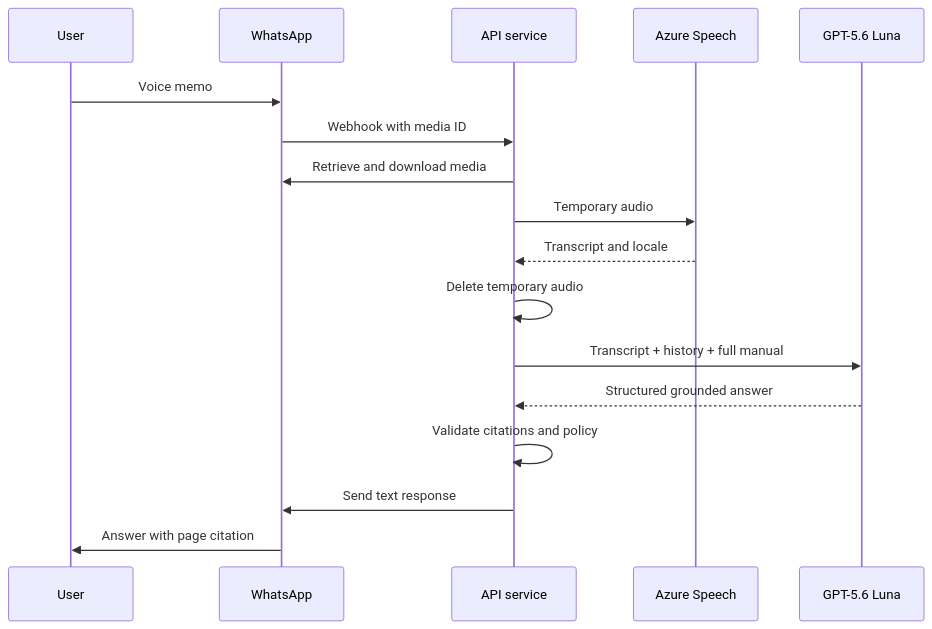
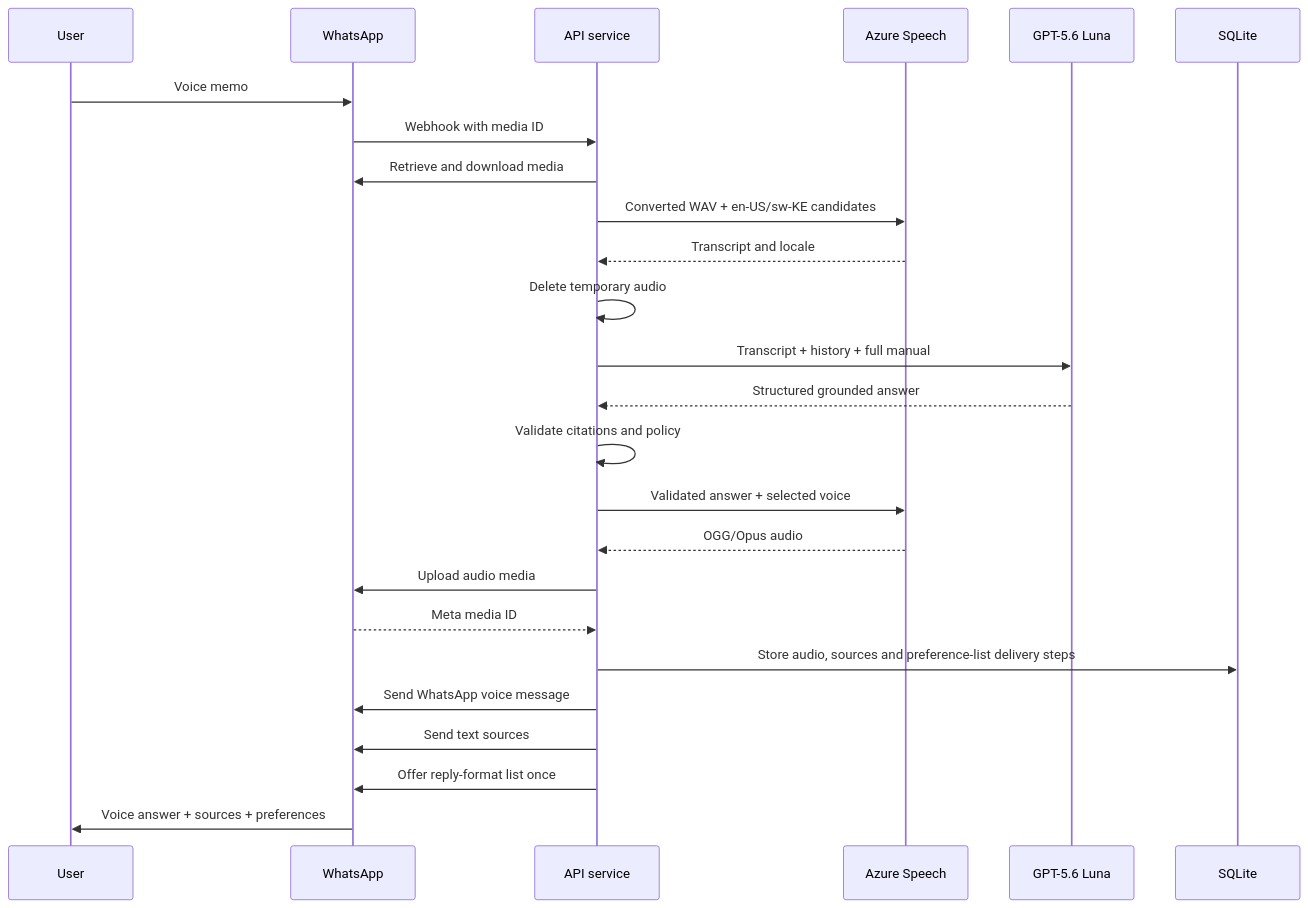
Before and after one commit to TheADHDTechie/SAGE: the third of 5 diagrams in SOLUTION-DESIGN.md, drawn with Mermaid. The commit also changed other lines of this file and 2 other files, not shown here.

````diff
--- a/SOLUTION-DESIGN.md
+++ b/SOLUTION-DESIGN.md
@@ -444,20 +529,28 @@
 ```mermaid
 sequenceDiagram
     participant U as User
     participant W as WhatsApp
     participant A as API service
     participant S as Azure Speech
     participant L as GPT-5.6 Luna
+    participant D as SQLite
 
     U->>W: Voice memo
     W->>A: Webhook with media ID
     A->>W: Retrieve and download media
-    A->>S: Temporary audio
+    A->>S: Converted WAV + en-US/sw-KE candidates
     S-->>A: Transcript and locale
     A->>A: Delete temporary audio
     A->>L: Transcript + history + full manual
     L-->>A: Structured grounded answer
     A->>A: Validate citations and policy
-    A->>W: Send text response
-    W->>U: Answer with page citation
+    A->>S: Validated answer + selected voice
+    S-->>A: OGG/Opus audio
+    A->>W: Upload audio media
+    W-->>A: Meta media ID
+    A->>D: Store audio, sources and preference-list delivery steps
+    A->>W: Send WhatsApp voice message
+    A->>W: Send text sources
+    A->>W: Offer reply-format list once
+    W->>U: Voice answer + sources + preferences
 ```
````
